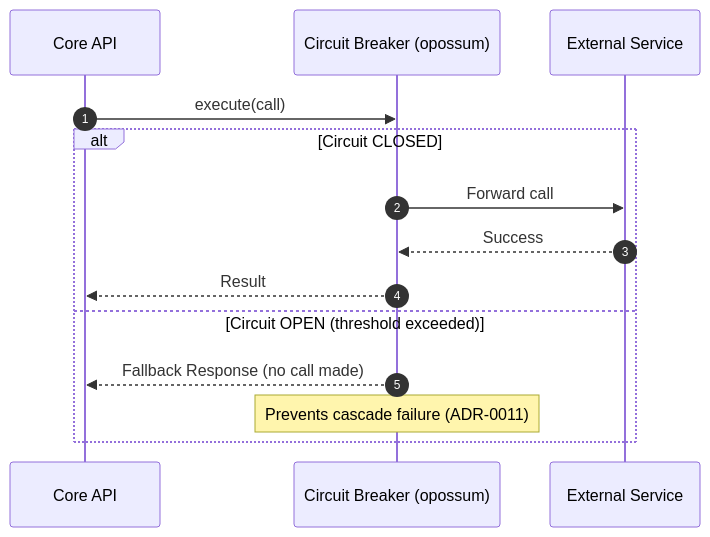
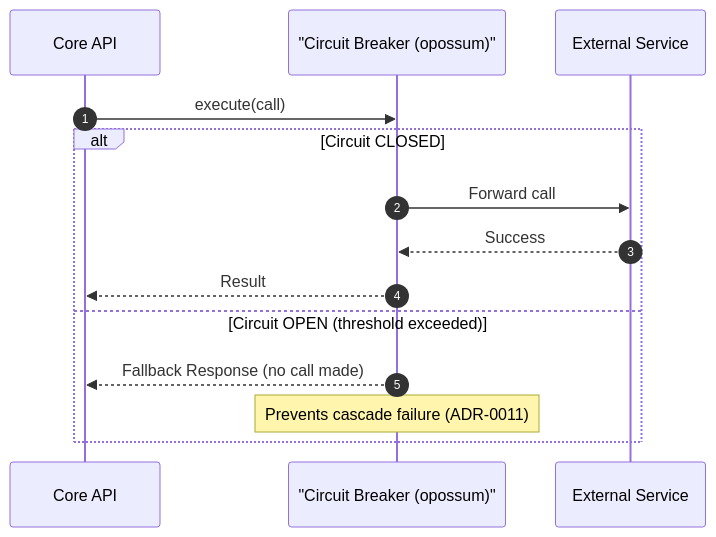
The fifth of 6 diagrams in reference/architecture/blueprints/reference-blueprint.md (beyondnetcode/arc32_nodejs_progresive_monolith), drawn with Mermaid before and after one commit. The commit also changed other lines of this file and 47 other files, not shown here.

Commit message:
docs: enforce markdown and diagram standards

````diff
--- a/reference/architecture/blueprints/reference-blueprint.md
+++ b/reference/architecture/blueprints/reference-blueprint.md
@@ -335,17 +335,17 @@
 ```mermaid
 sequenceDiagram
  autonumber
  participant A as Core API
- participant CB as Circuit Breaker (opossum)
+ participant CB as "Circuit Breaker (opossum)"
  participant Ext as External Service
 
  A->>CB: execute(call)
  alt Circuit CLOSED
  CB->>Ext: Forward call
  Ext-->>CB: Success
  CB-->>A: Result
  else Circuit OPEN (threshold exceeded)
  CB-->>A: Fallback Response (no call made)
  Note over CB: Prevents cascade failure (ADR-0011)
  end
 ```
````
